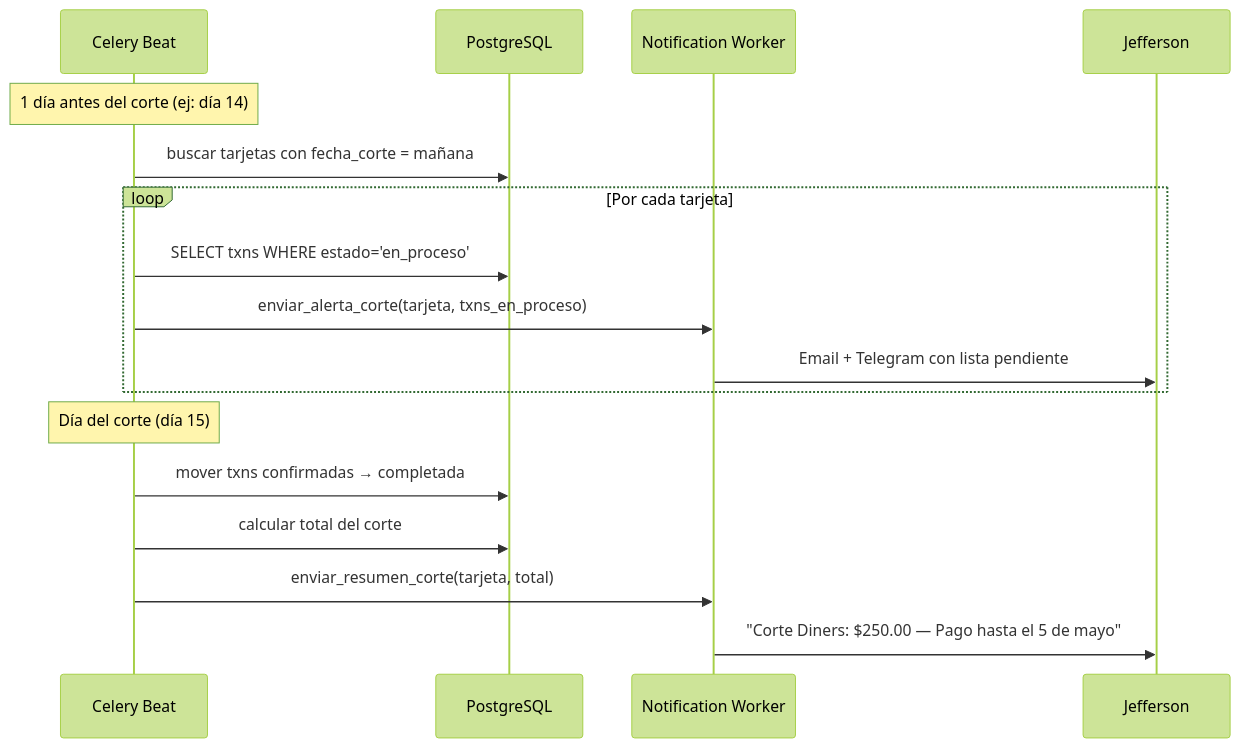
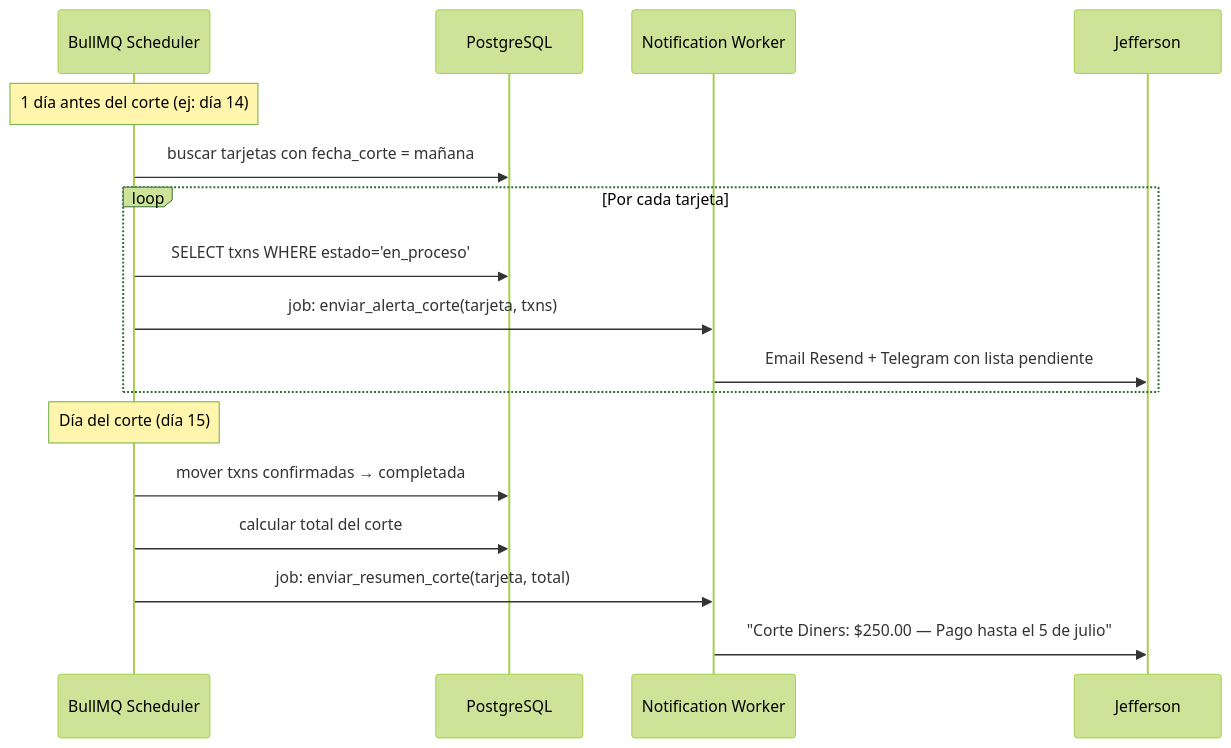
One commit to root-jeff/Sotang-Documentation changed the third of 8 diagrams in arquitectura/data-flows.md. Above: the diagram before and after it, drawn with Mermaid (forest theme). The commit also changed other lines of this file and 17 other files, not shown here.

````diff
--- a/arquitectura/data-flows.md
+++ b/arquitectura/data-flows.md
@@ -44,21 +47,21 @@
 ```mermaid
 sequenceDiagram
-    participant BEAT as Celery Beat
+    participant SCHED as BullMQ Scheduler
     participant DB as PostgreSQL
     participant NOTIF as Notification Worker
     participant USER as Jefferson
 
-    Note over BEAT: 1 día antes del corte (ej: día 14)
-    BEAT->>DB: buscar tarjetas con fecha_corte = mañana
+    Note over SCHED: 1 día antes del corte (ej: día 14)
+    SCHED->>DB: buscar tarjetas con fecha_corte = mañana
     loop Por cada tarjeta
-        BEAT->>DB: SELECT txns WHERE estado='en_proceso'
-        BEAT->>NOTIF: enviar_alerta_corte(tarjeta, txns_en_proceso)
-        NOTIF->>USER: Email + Telegram con lista pendiente
+        SCHED->>DB: SELECT txns WHERE estado='en_proceso'
+        SCHED->>NOTIF: job: enviar_alerta_corte(tarjeta, txns)
+        NOTIF->>USER: Email Resend + Telegram con lista pendiente
     end
 
-    Note over BEAT: Día del corte (día 15)
-    BEAT->>DB: mover txns confirmadas → completada
-    BEAT->>DB: calcular total del corte
-    BEAT->>NOTIF: enviar_resumen_corte(tarjeta, total)
-    NOTIF->>USER: "Corte Diners: $250.00 — Pago hasta el 5 de mayo"
+    Note over SCHED: Día del corte (día 15)
+    SCHED->>DB: mover txns confirmadas → completada
+    SCHED->>DB: calcular total del corte
+    SCHED->>NOTIF: job: enviar_resumen_corte(tarjeta, total)
+    NOTIF->>USER: "Corte Diners: $250.00 — Pago hasta el 5 de julio"
 ```
````
